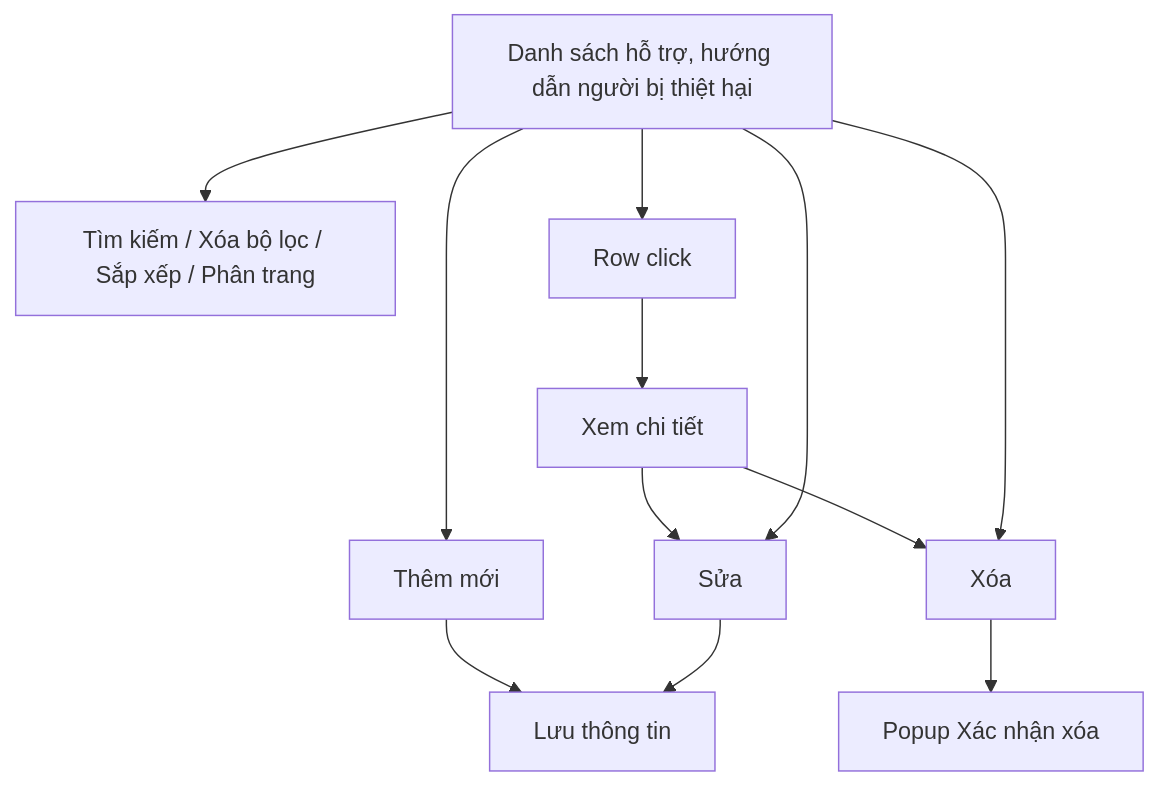
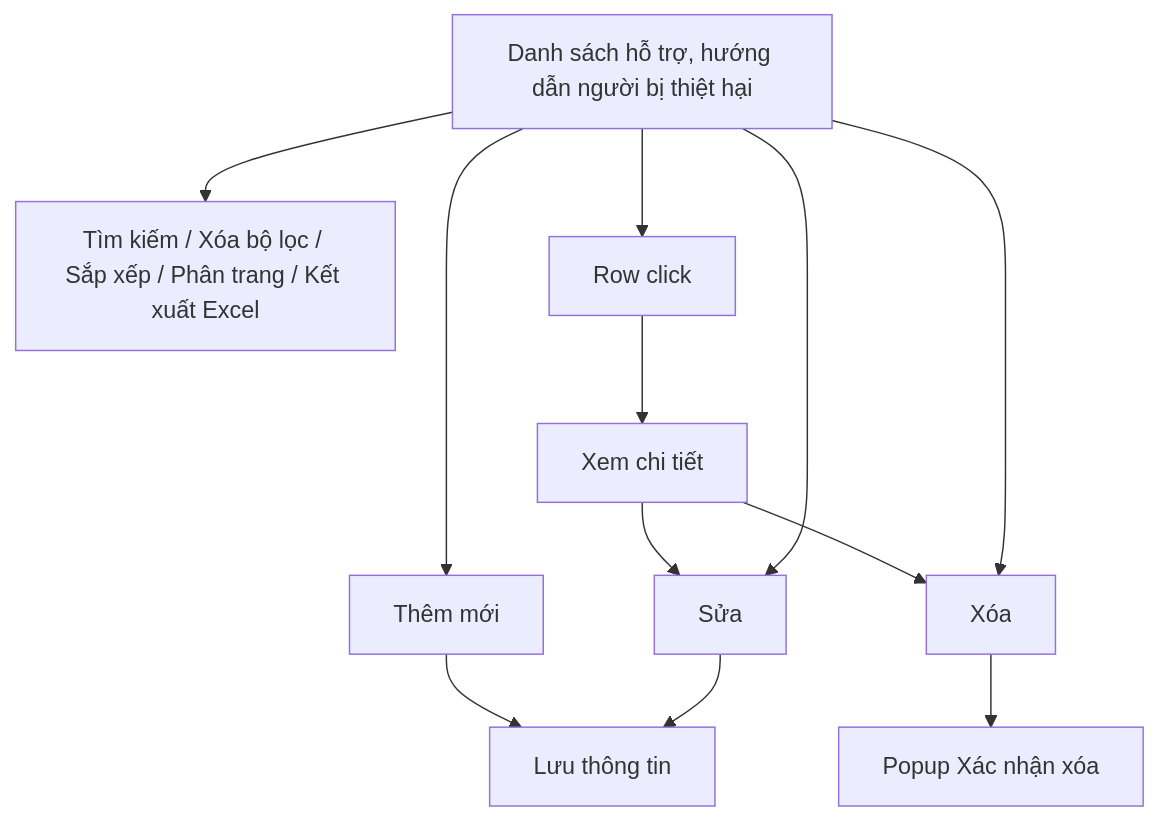
The diagram in Tai_lieu_SRS/03_Website_Quan_tri/03_Cong_tac_boi_thuong/SRS_BTNN_DungChung_BTP_STP_HoTro_YCBT.md (huyendt2007/BPBD_UI), drawn with Mermaid before and after one commit. The commit also changed other lines of this file and 155 other files, not shown here.

First line of the commit message:
feat(btnn): Kết xuất Excel 16 module, Tài liệu đính kèm, Bị trả lại, E-Form DVC

````diff
--- a/Tai_lieu_SRS/03_Website_Quan_tri/03_Cong_tac_boi_thuong/SRS_BTNN_DungChung_BTP_STP_HoTro_YCBT.md
+++ b/Tai_lieu_SRS/03_Website_Quan_tri/03_Cong_tac_boi_thuong/SRS_BTNN_DungChung_BTP_STP_HoTro_YCBT.md
@@ -21,10 +21,10 @@
 ```mermaid
 flowchart TD
-    A[Danh sách hỗ trợ, hướng dẫn người bị thiệt hại] --> B[Tìm kiếm / Xóa bộ lọc / Sắp xếp / Phân trang]
+    A[Danh sách hỗ trợ, hướng dẫn người bị thiệt hại] --> B[Tìm kiếm / Xóa bộ lọc / Sắp xếp / Phân trang / Kết xuất Excel]
     A --> G[Row click] --> K[Xem chi tiết]
     K --> E
     K --> F
     A --> C[Thêm mới] --> D[Lưu thông tin]
     A --> E[Sửa] --> D
     A --> F[Xóa] --> X[Popup Xác nhận xóa]
 ```
````
